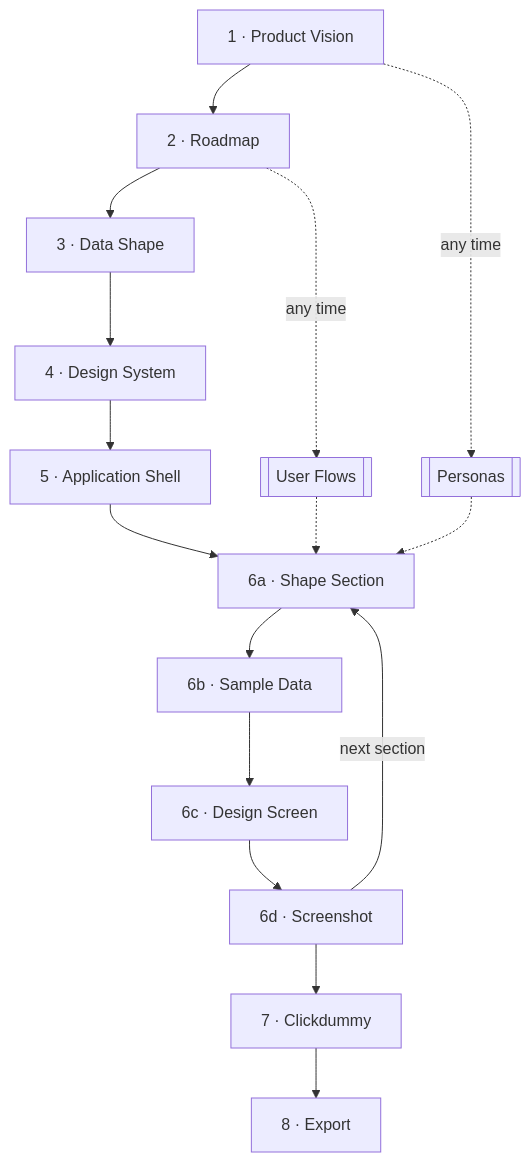
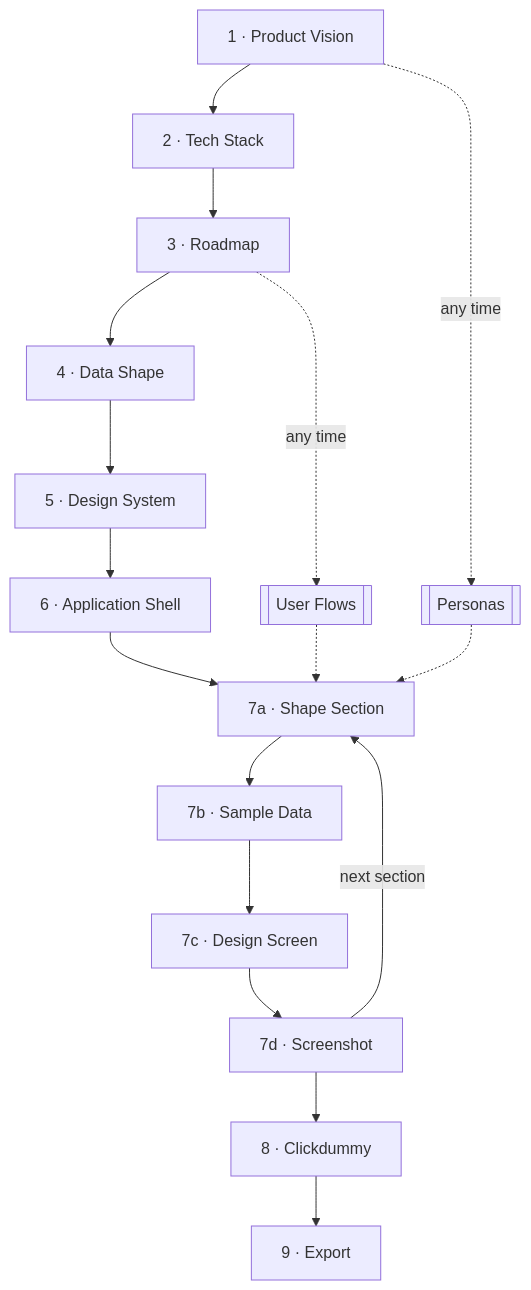
Before and after one commit to fokkerone/design-os-github-copilot: the diagram in wiki/how-to/planning-flow.md, drawn with Mermaid. The commit also changed other lines of this file and 74 other files, not shown here.

Commit message:
feat(techstack): add tech stack step, renumber agents, product UI layer in src/ui

````diff
--- a/wiki/how-to/planning-flow.md
+++ b/wiki/how-to/planning-flow.md
@@ -17,18 +17,19 @@
 ```mermaid
 flowchart TD
-  V["1 · Product Vision"] --> R["2 · Roadmap"]
-  R --> D["3 · Data Shape"]
-  D --> T["4 · Design System"]
-  T --> S["5 · Application Shell"]
-  S --> SS["6a · Shape Section"]
-  SS --> SD["6b · Sample Data"]
-  SD --> DS["6c · Design Screen"]
-  DS --> SC["6d · Screenshot"]
+  V["1 · Product Vision"] --> TS["2 · Tech Stack"]
+  TS --> R["3 · Roadmap"]
+  R --> D["4 · Data Shape"]
+  D --> T["5 · Design System"]
+  T --> S["6 · Application Shell"]
+  S --> SS["7a · Shape Section"]
+  SS --> SD["7b · Sample Data"]
+  SD --> DS["7c · Design Screen"]
+  DS --> SC["7d · Screenshot"]
   SC -- "next section" --> SS
-  SC --> C["7 · Clickdummy"]
-  C --> X["8 · Export"]
+  SC --> C["8 · Clickdummy"]
+  C --> X["9 · Export"]
   V -. "any time" .-> P[["Personas"]]
   R -. "any time" .-> F[["User Flows"]]
   P -.-> SS
   F -.-> SS
 ```
````
